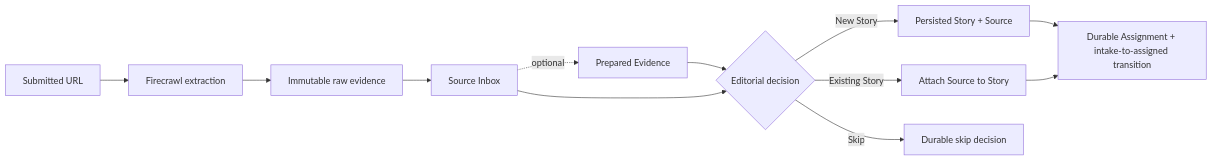
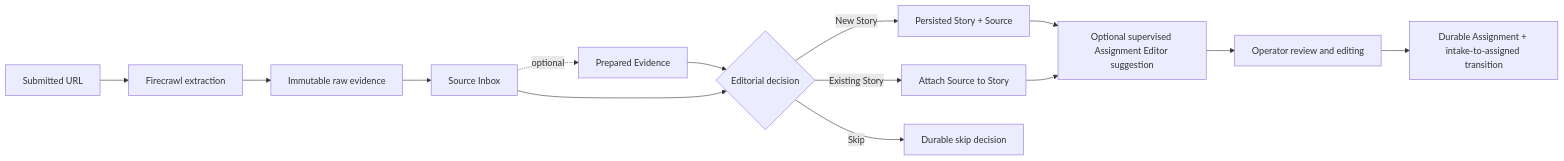
The diagram in README.md (BlackSwampAI/StoryRail), drawn with Mermaid before and after one commit. The commit also changed other lines of this file and 45 other files, not shown here.

Commit message:
feat: add supervised Assignment Editor (#30)

````diff
--- a/README.md
+++ b/README.md
@@ -35,14 +35,16 @@
 ```mermaid
 flowchart LR
     URL[Submitted URL] --> FC[Firecrawl extraction]
     FC --> RAW[Immutable raw evidence]
     RAW --> INBOX[Source Inbox]
     INBOX -. optional .-> PREP[Prepared Evidence]
     PREP --> DECIDE{Editorial decision}
     INBOX --> DECIDE
     DECIDE -->|New Story| NEW[Persisted Story + Source]
     DECIDE -->|Existing Story| EXISTING[Attach Source to Story]
     DECIDE -->|Skip| SKIP[Durable skip decision]
-    NEW --> ASSIGN[Durable Assignment + intake-to-assigned transition]
-    EXISTING --> ASSIGN
+    NEW --> PROPOSE[Optional supervised Assignment Editor suggestion]
+    EXISTING --> PROPOSE
+    PROPOSE --> REVIEW[Operator review and editing]
+    REVIEW --> ASSIGN[Durable Assignment + intake-to-assigned transition]
 ```
````
